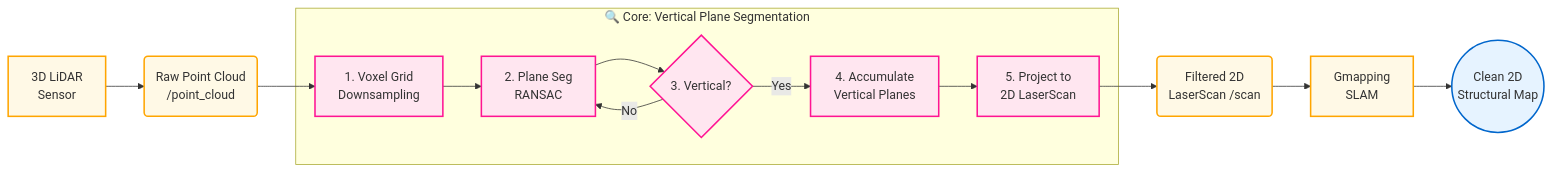
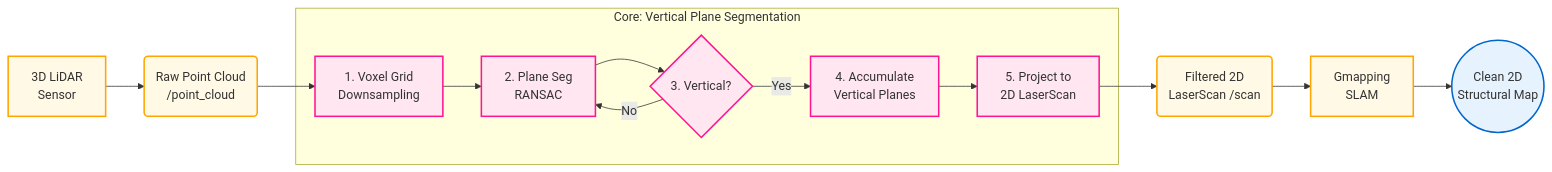
One commit to jiajiezhang7/jiajiezhang7.github.io changed the diagram in _projects/3_slam_project.md. Above: the diagram before and after it, drawn with Mermaid. The commit also changed other lines of this file and 13 other files, not shown here.

````diff
--- a/_projects/3_slam_project.md
+++ b/_projects/3_slam_project.md
@@ -45,32 +61,29 @@
 ```mermaid
 graph LR
-    %% Main System Flow
     A[3D LiDAR<br/>Sensor] --> B(Raw Point Cloud<br/>/point_cloud)
     B --> C1
 
-    %% Core Contribution: Vertical Plane Segmentation Node
-    subgraph CoreAlgo["🔍 Core: Vertical Plane Segmentation"]
+    subgraph CoreAlgo["Core: Vertical Plane Segmentation"]
         C1[1. Voxel Grid<br/>Downsampling]
         C2[2. Plane Seg<br/>RANSAC]
         C3{3. Vertical?}
         C4[4. Accumulate<br/>Vertical Planes]
         C5[5. Project to<br/>2D LaserScan]
 
         C1 --> C2 --> C3
         C3 -->|Yes| C4 --> C5
         C3 -->|No| C2
     end
 
     C5 --> D(Filtered 2D<br/>LaserScan /scan)
     D --> E[Gmapping<br/>SLAM]
     E --> F((Clean 2D<br/>Structural Map))
 
-    %% Styling
     classDef coreStyle fill:#ffe6f0,stroke:#ff1493,stroke-width:2px
     classDef outputStyle fill:#e6f3ff,stroke:#0066cc,stroke-width:2px
     classDef processStyle fill:#fff9e6,stroke:#ffa500,stroke-width:2px
 
     class C1,C2,C3,C4,C5 coreStyle
     class F outputStyle
     class A,B,D,E processStyle
 ```
````
